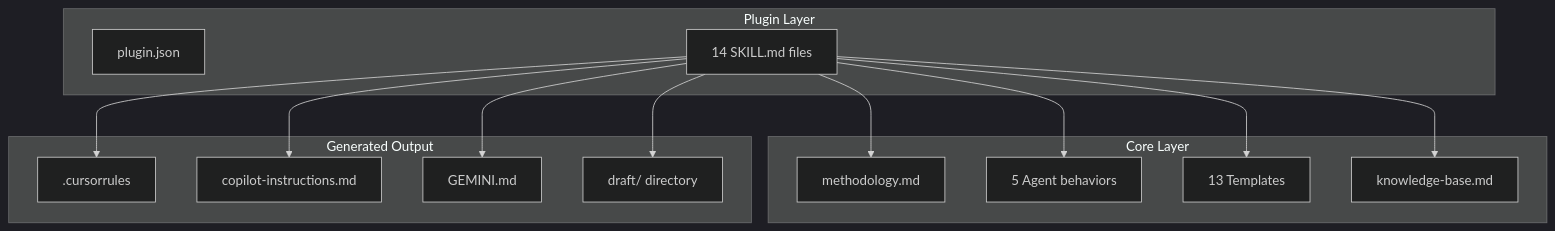
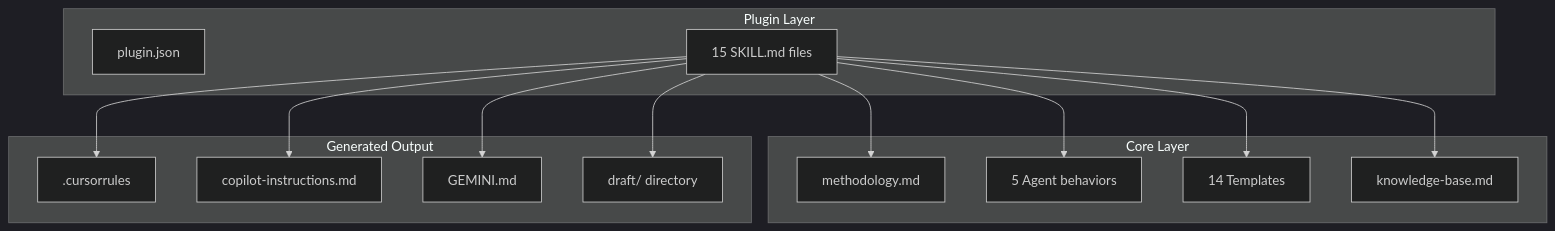
Before and after one commit to mayurpise/draft: the diagram in draft/tech-stack.md, drawn with Mermaid (dark theme). The commit also changed other lines of this file and 5 other files, not shown here.

````diff
--- a/draft/tech-stack.md
+++ b/draft/tech-stack.md
@@ -77,27 +93,27 @@
 ```mermaid
 graph TD
     subgraph Plugin["Plugin Layer"]
         Manifest["plugin.json"]
-        Skills["14 SKILL.md files"]
+        Skills["15 SKILL.md files"]
     end
     subgraph Core["Core Layer"]
         Methodology["methodology.md"]
         Agents["5 Agent behaviors"]
-        Templates["13 Templates"]
+        Templates["14 Templates"]
         Knowledge["knowledge-base.md"]
     end
     subgraph Output["Generated Output"]
         Cursor[".cursorrules"]
         Copilot["copilot-instructions.md"]
         Gemini["GEMINI.md"]
         UserDraft["draft/ directory"]
     end
     Skills --> Methodology
     Skills --> Agents
     Skills --> Templates
     Skills --> Knowledge
     Skills --> UserDraft
     Skills --> Cursor
     Skills --> Copilot
     Skills --> Gemini
 ```
````
